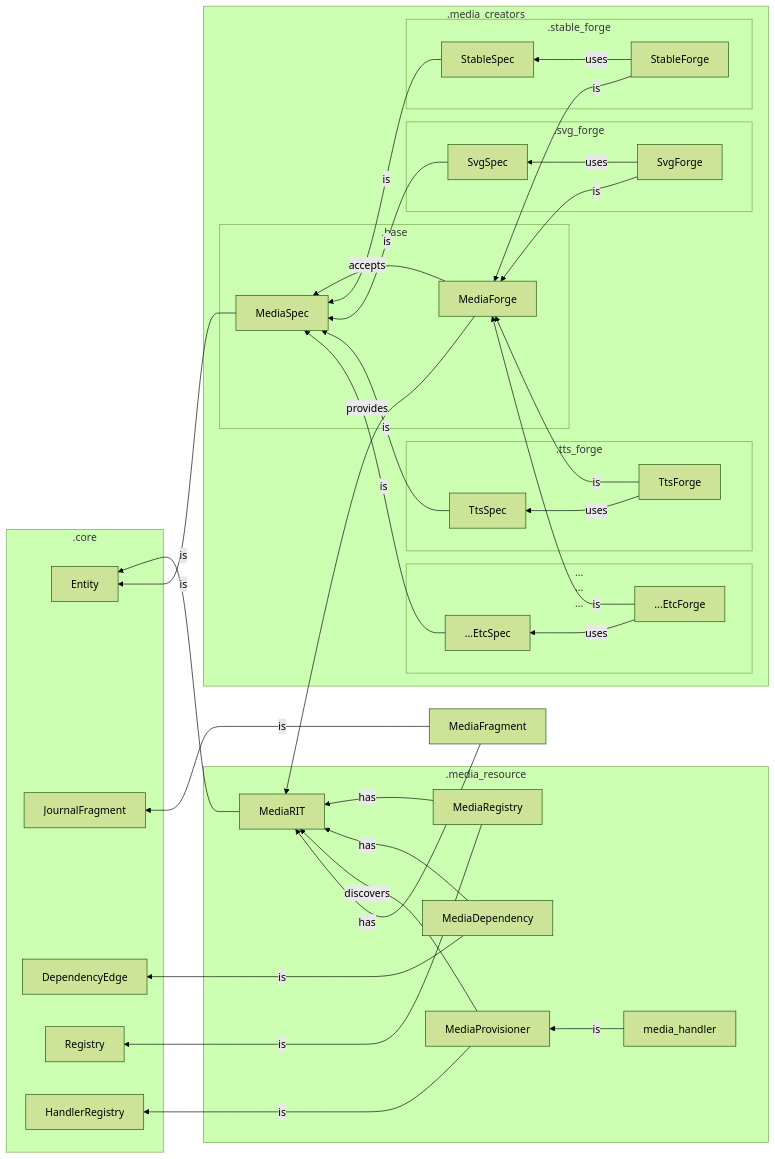
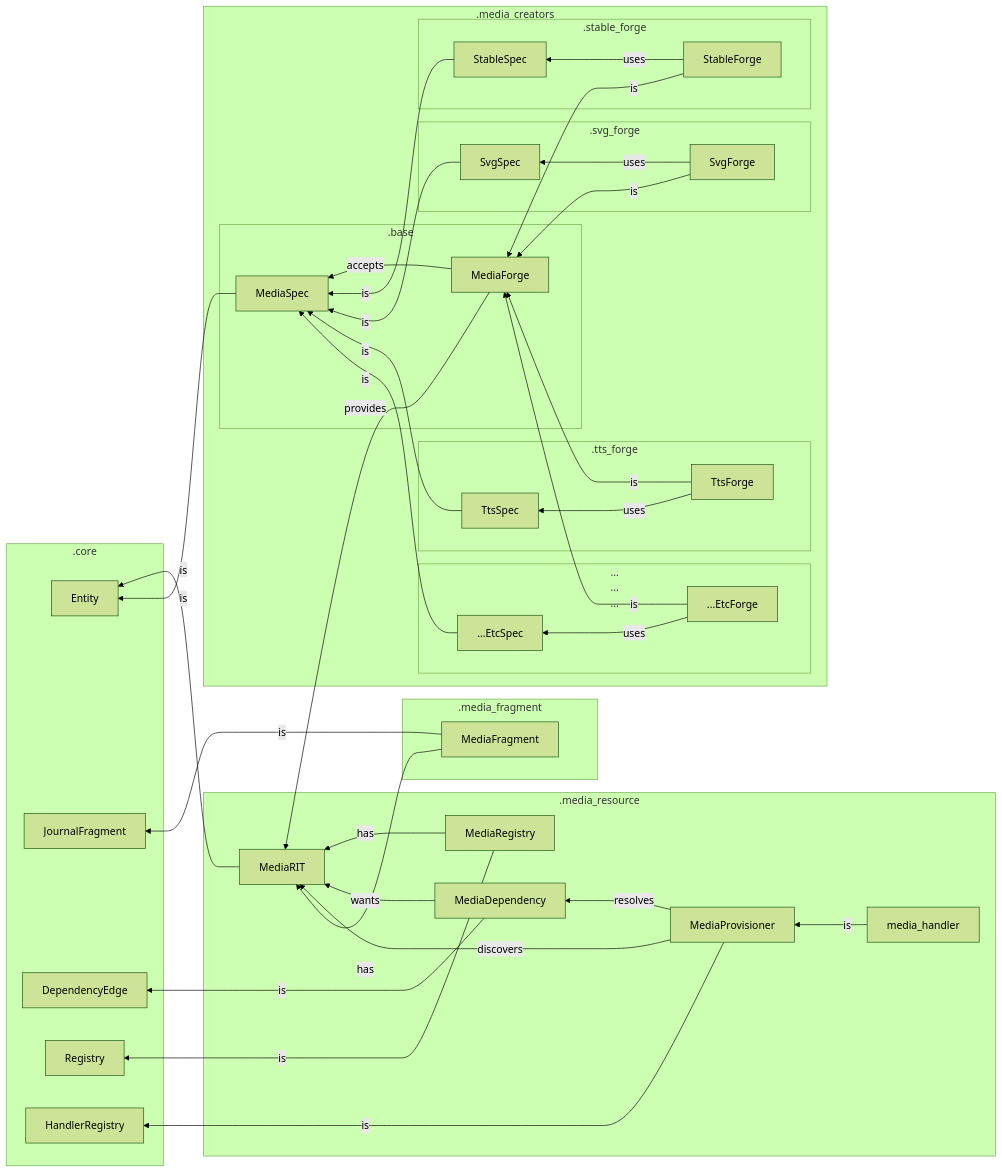
Before and after one commit to derekmerck/storytangl: the diagram in engine/src/tangl/media/notes.md, drawn with Mermaid (forest theme). The commit also changed 66 other files, not shown here.

````diff
--- a/engine/src/tangl/media/notes.md
+++ b/engine/src/tangl/media/notes.md
@@ -31,54 +31,57 @@
 ```mermaid
 flowchart RL
     
     subgraph .core
         Entity
         JournalFragment
         DependencyEdge
         Registry
         HandlerRegistry
     end
  
     subgraph .media_resource
         MediaRIT -- is --> Entity
         MediaRegistry -- is --> Registry
         MediaRegistry -- has --> MediaRIT
         MediaDependency -- is --> DependencyEdge
-        MediaDependency -- has --> MediaRIT
+        MediaDependency -- wants --> MediaRIT
+        MediaProvisioner -- is --> HandlerRegistry
         MediaProvisioner -- discovers --> MediaRIT
-        MediaProvisioner -- is --> HandlerRegistry
+        MediaProvisioner -- resolves --> MediaDependency
         media_handler -- is --> MediaProvisioner
     end
     
     subgraph .media_creators
         subgraph .base
             MediaSpec -- is --> Entity
             MediaForge -- accepts --> MediaSpec
             MediaForge -- provides --> MediaRIT
         end
         subgraph .stable_forge
             StableForge -- is --> MediaForge
             StableSpec -- is --> MediaSpec
             StableForge -- uses --> StableSpec
         end
         subgraph .svg_forge
             SvgForge -- is --> MediaForge
             SvgSpec -- is --> MediaSpec
             SvgForge -- uses --> SvgSpec
         end
         subgraph .tts_forge
             TtsForge -- is --> MediaForge
             TtsSpec -- is --> MediaSpec
             TtsForge -- uses --> TtsSpec
         end
         subgraph ...\n...\n...
             ...EtcForge -- is --> MediaForge
             ...EtcSpec -- is --> MediaSpec
             ...EtcForge -- uses --> ...EtcSpec
         end
     end
 
-    MediaFragment -- is --> JournalFragment
-    MediaFragment -- has --> MediaRIT
+    subgraph .media_fragment 
+        MediaFragment -- is --> JournalFragment
+        MediaFragment -- has --> MediaRIT     
+    end
     
 ```
````
